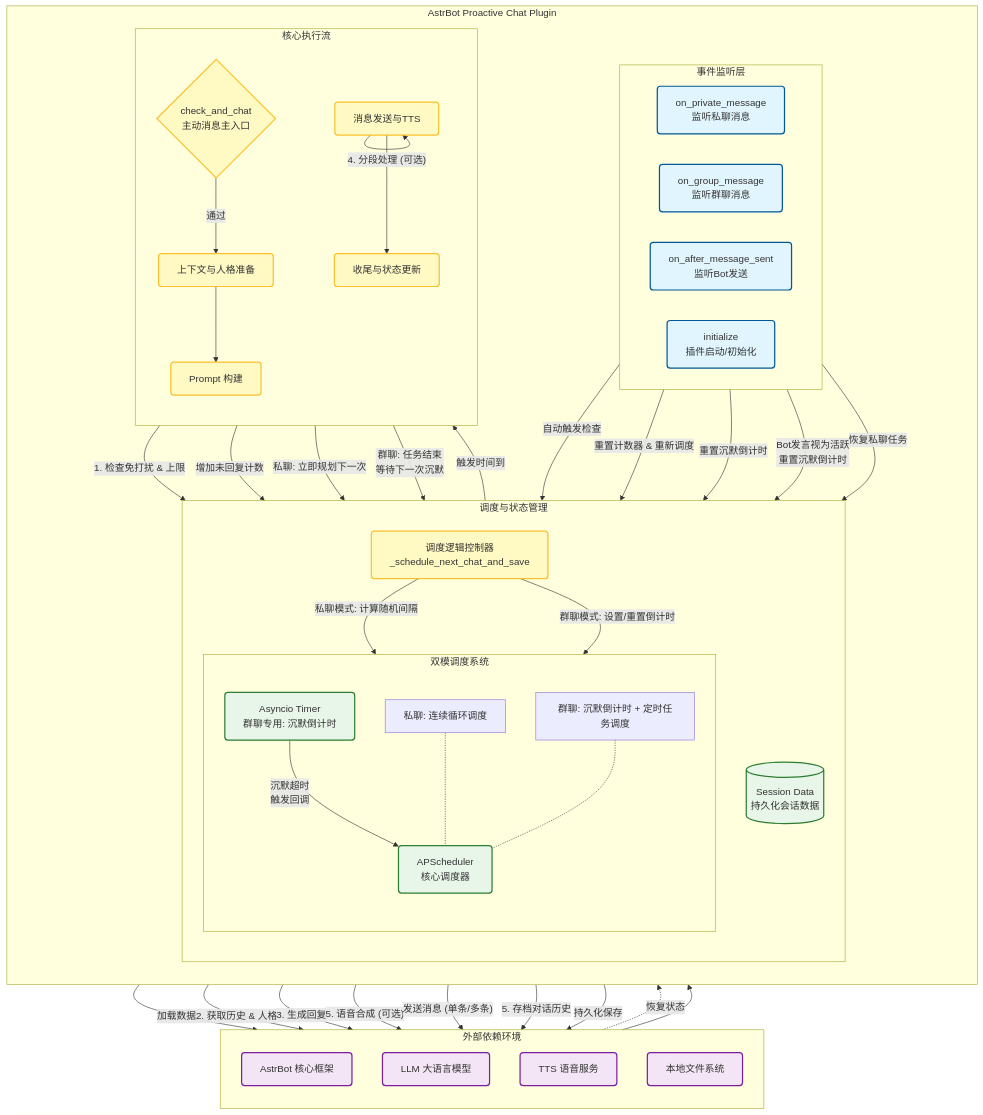
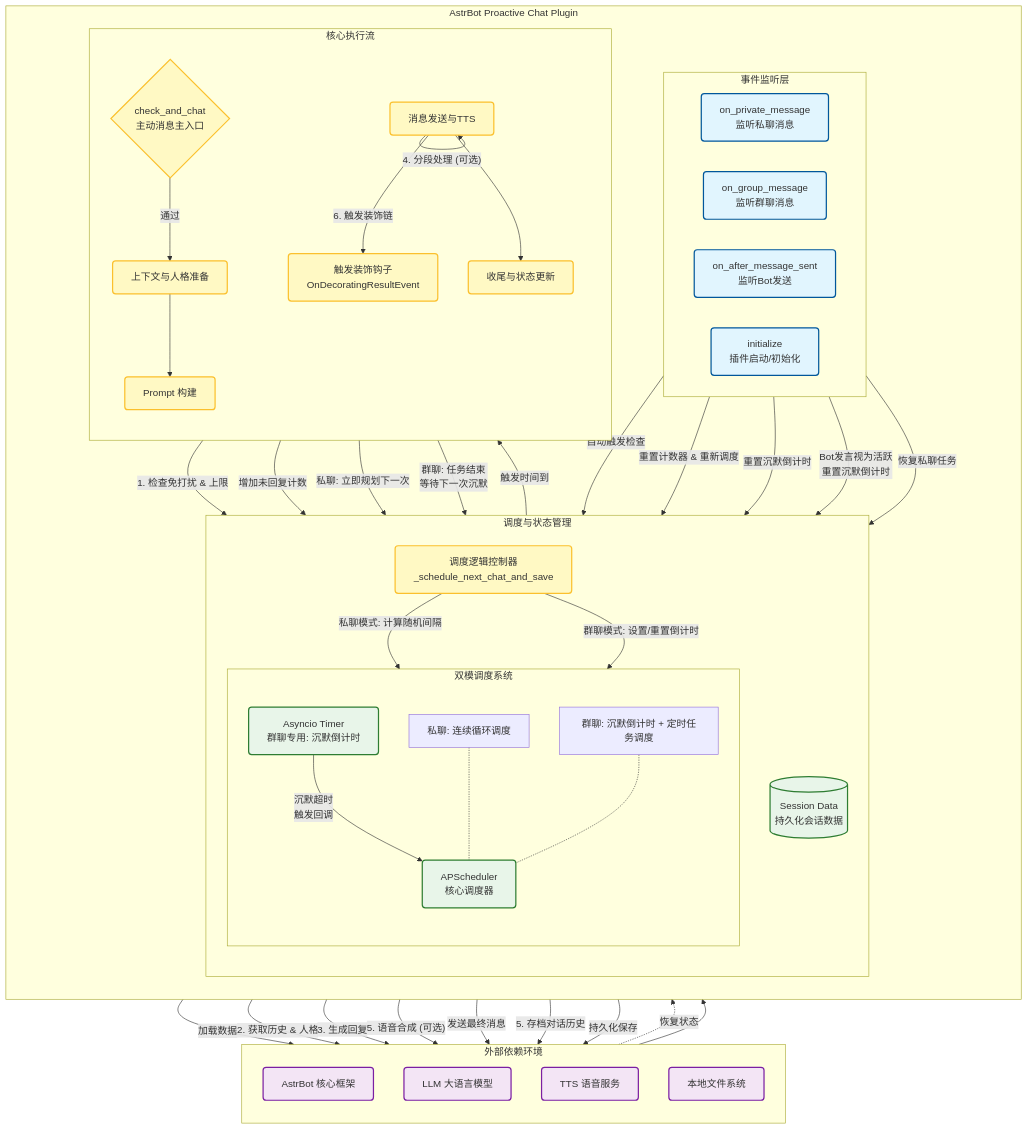
The diagram in README.md (jjf1126/astrbot_plugin_proactive_chat), drawn with Mermaid before and after one commit. The commit also changed other lines of this file and 7 other files, not shown here.

```diff
--- a/README.md
+++ b/README.md
@@ -320,16 +325,17 @@
 
         %% 执行核心层
         subgraph Execution [核心执行流]
-            direction TB
-            CheckChat{check_and_chat<br>主动消息主入口}:::core
-            ContextPrep[上下文与人格准备]:::core
-            PromptGen[Prompt 构建]:::core
-            MsgSend[消息发送与TTS]:::core
-            Finalize[收尾与状态更新]:::core
+                direction TB
+                CheckChat{check_and_chat<br>主动消息主入口}:::core
+                ContextPrep[上下文与人格准备]:::core
+                PromptGen[Prompt 构建]:::core
+                MsgSend[消息发送与TTS]:::core
+                Hooks[触发装饰钩子<br>OnDecoratingResultEvent]:::core
+                Finalize[收尾与状态更新]:::core
+            end
         end
-    end
-
-    %% 逻辑连接 - 初始化
+    
+        %% 逻辑连接 - 初始化
     Init -->|"加载数据"| FileSystem
     FileSystem -.->|"恢复状态"| SessionData
     Init -->|"恢复私聊任务"| APScheduler
@@ -361,7 +367,8 @@
     LLM --> MsgSend
     MsgSend -->|"4. 分段处理 (可选)"| MsgSend
     MsgSend -->|"5. 语音合成 (可选)"| TTS
-    MsgSend -->|"发送消息 (单条/多条)"| AstrBot
+    MsgSend -->|"6. 触发装饰链"| Hooks
+    Hooks -->|"发送最终消息"| AstrBot
     MsgSend --> Finalize
     
     %% 逻辑连接 - 收尾
```
